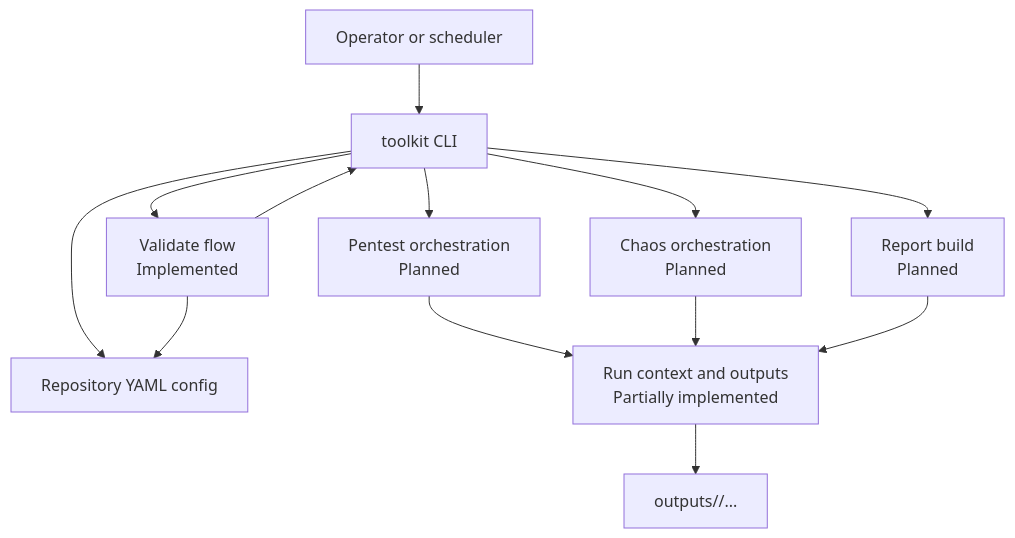
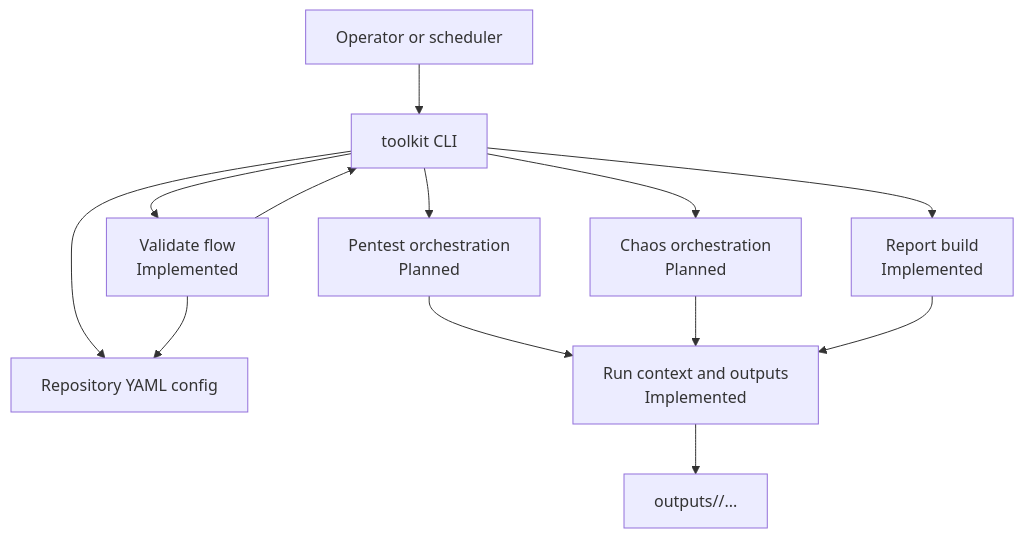
Before and after one commit to Sureinity/websec-chaos-toolkit: the first of 5 diagrams in docs/explanation/architecture.md, drawn with Mermaid. The commit also changed other lines of this file and 1 other file, not shown here.

Commit message:
docs(architecture,output-artifacts): reflect implemented run_context and report build

````diff
--- a/docs/explanation/architecture.md
+++ b/docs/explanation/architecture.md
@@ -38,25 +39,25 @@
 ```mermaid
 flowchart TD
     operator[Operator or scheduler]
     cli[toolkit CLI]
     config[Repository YAML config]
     validate[Validate flow<br/>Implemented]
-    runctx[Run context and outputs<br/>Partially implemented]
+    runctx[Run context and outputs<br/>Implemented]
     pentest[Pentest orchestration<br/>Planned]
     chaos[Chaos orchestration<br/>Planned]
-    report[Report build<br/>Planned]
+    report[Report build<br/>Implemented]
     outputs[outputs/<run-id>/...]
 
     operator --> cli
     cli --> config
     cli --> validate
     validate --> config
     validate --> cli
     cli --> pentest
     cli --> chaos
     cli --> report
     pentest --> runctx
     chaos --> runctx
     report --> runctx
     runctx --> outputs
 ```
````
